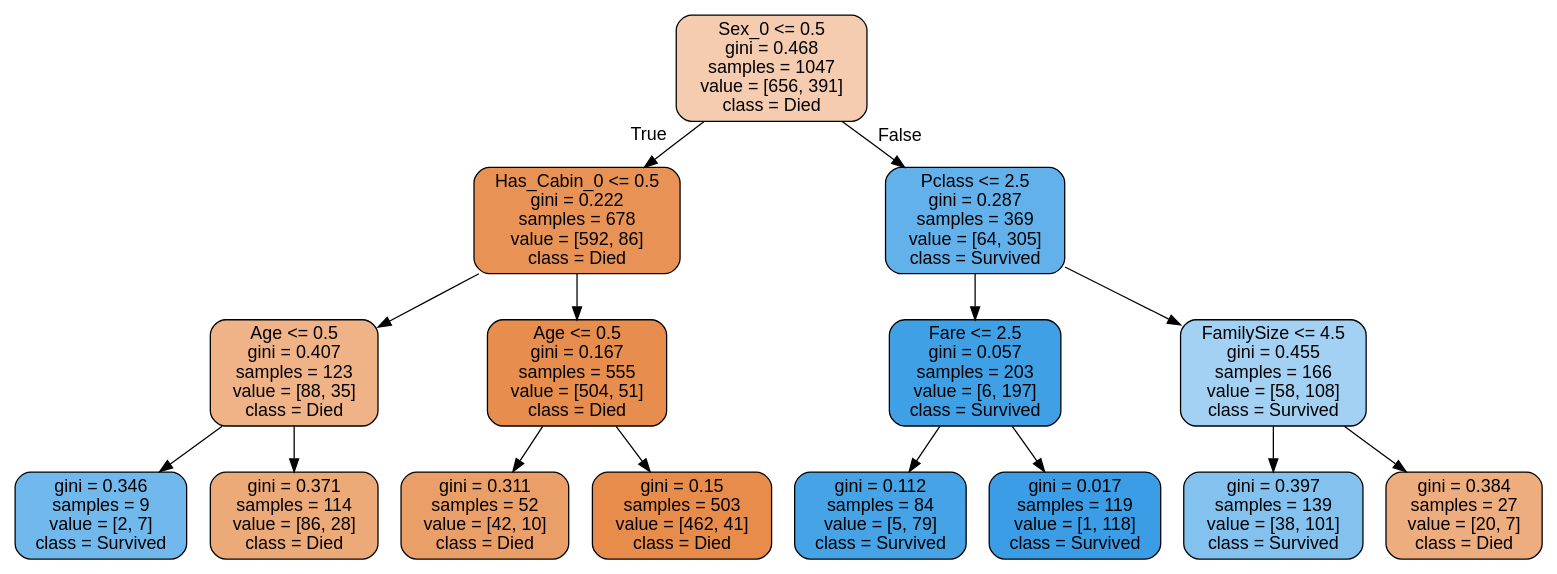
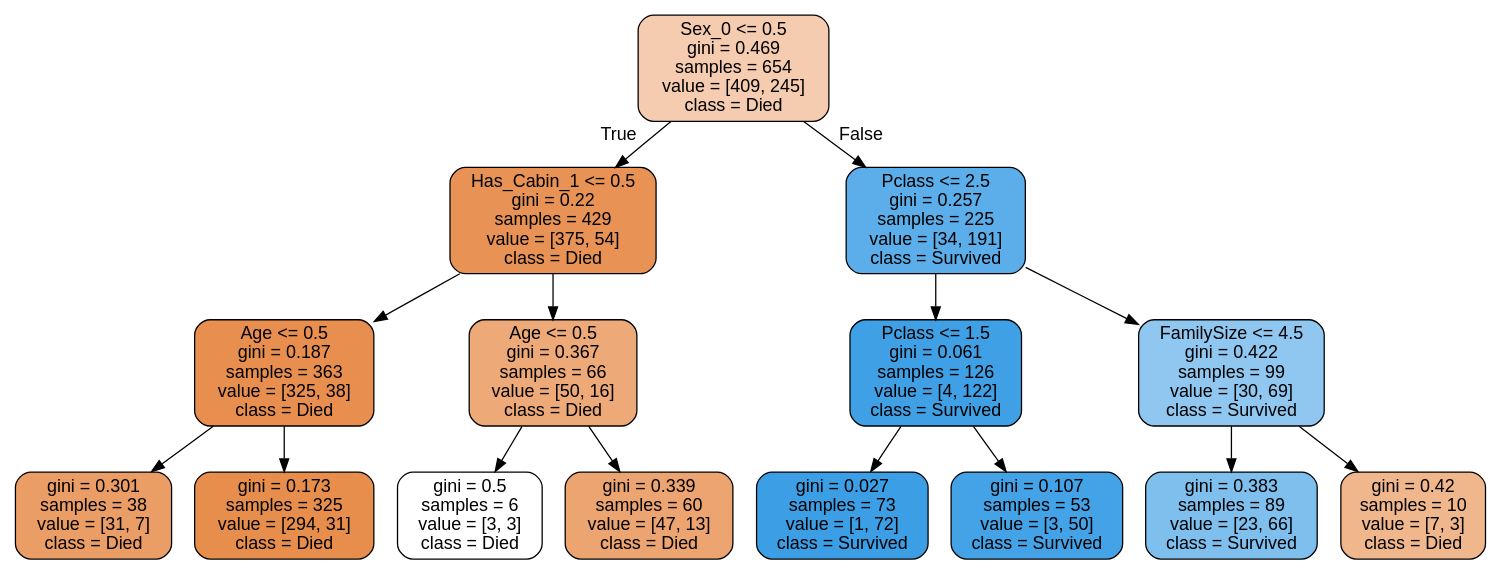
Before and after one commit to aruna-h/machine-learning: the diagram in titanic/tree1.dot, drawn with Graphviz. The commit also changed 2 other files, not shown here.

```diff
--- a/titanic/tree1.dot
+++ b/titanic/tree1.dot
@@ -1,33 +1,33 @@
 digraph Tree {
 node [shape=box, style="filled, rounded", color="black", fontname=helvetica] ;
 edge [fontname=helvetica] ;
-0 [label="Sex_0 <= 0.5\ngini = 0.468\nsamples = 1047\nvalue = [656, 391]\nclass = Died", fillcolor="#e5813967"] ;
-1 [label="Has_Cabin_0 <= 0.5\ngini = 0.222\nsamples = 678\nvalue = [592, 86]\nclass = Died", fillcolor="#e58139da"] ;
+0 [label="Sex_0 <= 0.5\ngini = 0.469\nsamples = 654\nvalue = [409, 245]\nclass = Died", fillcolor="#e5813966"] ;
+1 [label="Has_Cabin_1 <= 0.5\ngini = 0.22\nsamples = 429\nvalue = [375, 54]\nclass = Died", fillcolor="#e58139da"] ;
 0 -> 1 [labeldistance=2.5, labelangle=45, headlabel="True"] ;
-2 [label="Age <= 0.5\ngini = 0.407\nsamples = 123\nvalue = [88, 35]\nclass = Died", fillcolor="#e581399a"] ;
+2 [label="Age <= 0.5\ngini = 0.187\nsamples = 363\nvalue = [325, 38]\nclass = Died", fillcolor="#e58139e1"] ;
 1 -> 2 ;
-3 [label="gini = 0.346\nsamples = 9\nvalue = [2, 7]\nclass = Survived", fillcolor="#399de5b6"] ;
+3 [label="gini = 0.301\nsamples = 38\nvalue = [31, 7]\nclass = Died", fillcolor="#e58139c5"] ;
 2 -> 3 ;
-4 [label="gini = 0.371\nsamples = 114\nvalue = [86, 28]\nclass = Died", fillcolor="#e58139ac"] ;
+4 [label="gini = 0.173\nsamples = 325\nvalue = [294, 31]\nclass = Died", fillcolor="#e58139e4"] ;
 2 -> 4 ;
-5 [label="Age <= 0.5\ngini = 0.167\nsamples = 555\nvalue = [504, 51]\nclass = Died", fillcolor="#e58139e5"] ;
+5 [label="Age <= 0.5\ngini = 0.367\nsamples = 66\nvalue = [50, 16]\nclass = Died", fillcolor="#e58139ad"] ;
 1 -> 5 ;
-6 [label="gini = 0.311\nsamples = 52\nvalue = [42, 10]\nclass = Died", fillcolor="#e58139c2"] ;
+6 [label="gini = 0.5\nsamples = 6\nvalue = [3, 3]\nclass = Died", fillcolor="#e5813900"] ;
 5 -> 6 ;
-7 [label="gini = 0.15\nsamples = 503\nvalue = [462, 41]\nclass = Died", fillcolor="#e58139e8"] ;
+7 [label="gini = 0.339\nsamples = 60\nvalue = [47, 13]\nclass = Died", fillcolor="#e58139b8"] ;
 5 -> 7 ;
-8 [label="Pclass <= 2.5\ngini = 0.287\nsamples = 369\nvalue = [64, 305]\nclass = Survived", fillcolor="#399de5c9"] ;
+8 [label="Pclass <= 2.5\ngini = 0.257\nsamples = 225\nvalue = [34, 191]\nclass = Survived", fillcolor="#399de5d2"] ;
 0 -> 8 [labeldistance=2.5, labelangle=-45, headlabel="False"] ;
-9 [label="Fare <= 2.5\ngini = 0.057\nsamples = 203\nvalue = [6, 197]\nclass = Survived", fillcolor="#399de5f7"] ;
+9 [label="Pclass <= 1.5\ngini = 0.061\nsamples = 126\nvalue = [4, 122]\nclass = Survived", fillcolor="#399de5f7"] ;
 8 -> 9 ;
-10 [label="gini = 0.112\nsamples = 84\nvalue = [5, 79]\nclass = Survived", fillcolor="#399de5ef"] ;
+10 [label="gini = 0.027\nsamples = 73\nvalue = [1, 72]\nclass = Survived", fillcolor="#399de5fb"] ;
 9 -> 10 ;
-11 [label="gini = 0.017\nsamples = 119\nvalue = [1, 118]\nclass = Survived", fillcolor="#399de5fd"] ;
+11 [label="gini = 0.107\nsamples = 53\nvalue = [3, 50]\nclass = Survived", fillcolor="#399de5f0"] ;
 9 -> 11 ;
-12 [label="FamilySize <= 4.5\ngini = 0.455\nsamples = 166\nvalue = [58, 108]\nclass = Survived", fillcolor="#399de576"] ;
+12 [label="FamilySize <= 4.5\ngini = 0.422\nsamples = 99\nvalue = [30, 69]\nclass = Survived", fillcolor="#399de590"] ;
 8 -> 12 ;
-13 [label="gini = 0.397\nsamples = 139\nvalue = [38, 101]\nclass = Survived", fillcolor="#399de59f"] ;
+13 [label="gini = 0.383\nsamples = 89\nvalue = [23, 66]\nclass = Survived", fillcolor="#399de5a6"] ;
 12 -> 13 ;
-14 [label="gini = 0.384\nsamples = 27\nvalue = [20, 7]\nclass = Died", fillcolor="#e58139a6"] ;
+14 [label="gini = 0.42\nsamples = 10\nvalue = [7, 3]\nclass = Died", fillcolor="#e5813992"] ;
 12 -> 14 ;
 }
```
